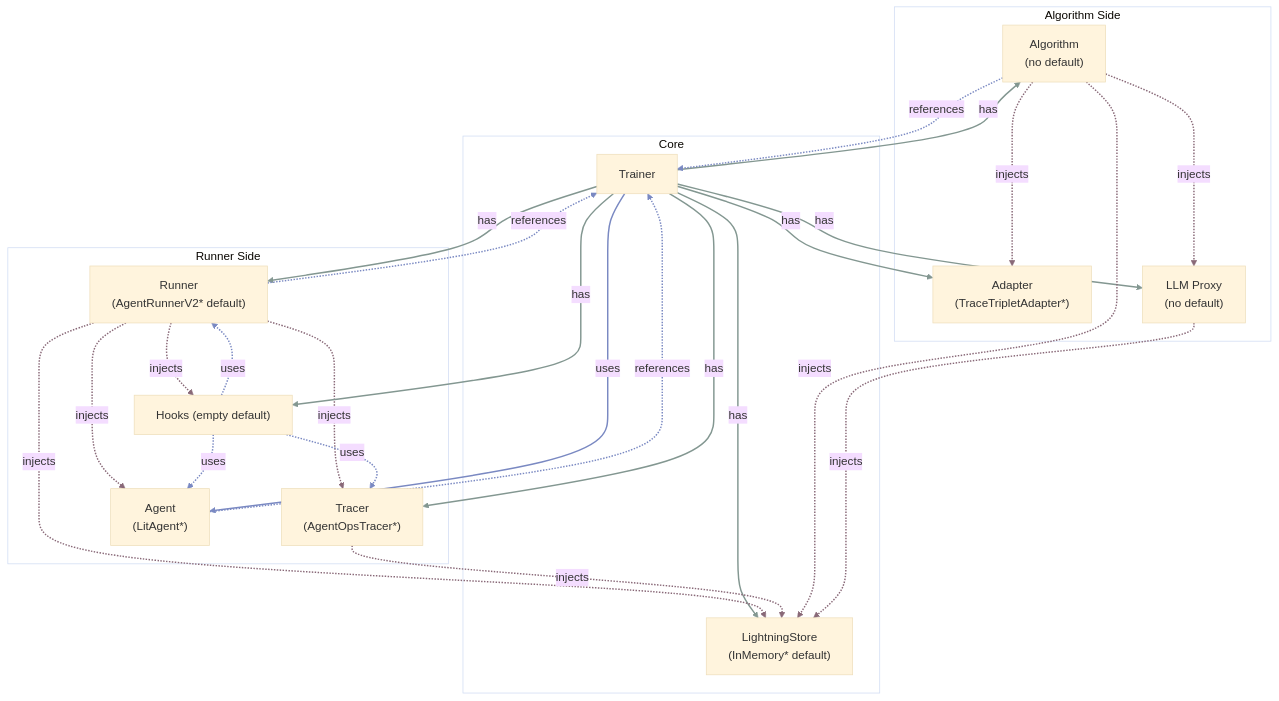
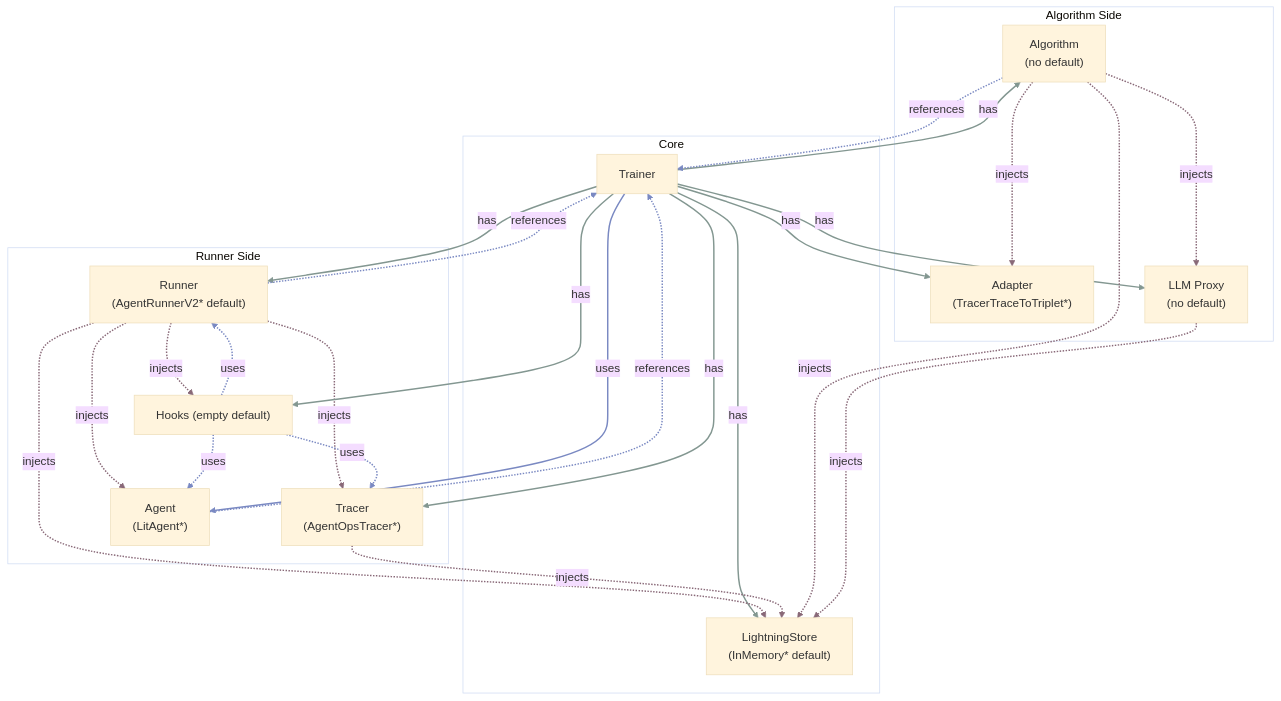
One commit to microsoft/agent-lightning changed the sixth of 11 diagrams in docs/deep-dive/birds-eye-view.md. Above: the diagram before and after it, drawn with Mermaid (base theme). The commit also changed other lines of this file and 18 other files, not shown here.

````diff
--- a/docs/deep-dive/birds-eye-view.md
+++ b/docs/deep-dive/birds-eye-view.md
@@ -235,59 +235,59 @@
 ```mermaid
 flowchart TD
     %% === Left side: Algorithm domain ===
     subgraph L["Algorithm Side"]
         Algorithm["Algorithm<br>(no default)"]
-        Adapter["Adapter<br>(TraceTripletAdapter*)"]
+        Adapter["Adapter<br>(TracerTraceToTriplet*)"]
         LLMProxy["LLM Proxy<br>(no default)"]
         Algorithm -.injects.-> Adapter
         Algorithm -.injects.-> LLMProxy
     end
     linkStyle 0,1 stroke:#896978,stroke-width:2px;
 
     %% === Middle: Core trainer and store ===
     subgraph M["Core"]
         Trainer["Trainer"]
         Store["LightningStore<br>(InMemory* default)"]
         Trainer --has--> Algorithm
         Trainer --has--> Store
         Trainer --has--> Adapter
         Trainer --has--> LLMProxy
     end
     linkStyle 2,3,4,5 stroke:#839791,stroke-width:2px;
 
     %% === Right side: Runner side ===
     subgraph R["Runner Side"]
         Runner["Runner<br>(AgentRunnerV2* default)"]
         Tracer["Tracer<br>(AgentOpsTracer*)"]
         Hooks["Hooks (empty default)"]
         Agent["Agent<br>(LitAgent*)"]
         Runner -.injects.-> Tracer
         Runner -.injects.-> Store
         Runner -.injects.-> Agent
         Runner -.injects.-> Hooks
         Tracer -.injects.-> Store
         Hooks -.uses.-> Runner
         Hooks -.uses.-> Agent
         Hooks -.uses.-> Tracer
     end
     linkStyle 6,7,8,9,10 stroke:#896978,stroke-width:2px;
     linkStyle 11,12,13 stroke:#7a89c2,stroke-width:2px;
 
     %% === Cross-section connections ===
     Trainer --has--> Runner
     Trainer --has--> Tracer
     Trainer --has--> Hooks
     Trainer --uses--> Agent
     Algorithm -.injects.-> Store
     LLMProxy -.injects.-> Store
     Agent -.references.-> Trainer
     Runner -.references.-> Trainer
     Algorithm -.references.-> Trainer
     linkStyle 14,15,16 stroke:#839791,stroke-width:2px;
     linkStyle 17,20,21,22 stroke:#7a89c2,stroke-width:2px;
     linkStyle 18,19 stroke:#896978,stroke-width:2px;
 
     style L fill:none;
     style M fill:none;
     style R fill:none;
 ```
````
